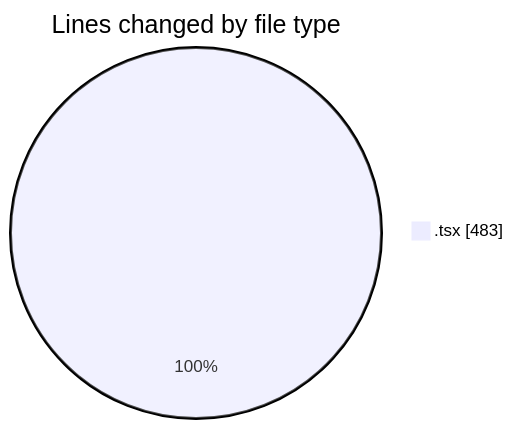
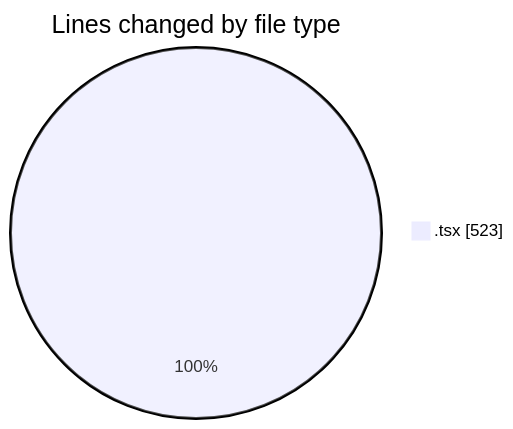
One commit to momahboobian/code-tracking changed the first of 2 diagrams in 2025-02-12/cda/README.md. Above: the diagram before and after it, drawn with Mermaid. The commit also changed other lines of this file and 1 other file, not shown here.

````diff
--- a/2025-02-12/cda/README.md
+++ b/2025-02-12/cda/README.md
@@ -21,5 +21,5 @@
 ```mermaid
 pie showData
 title Lines changed by file type
-".tsx" : 483
+".tsx" : 523
 ```
````
